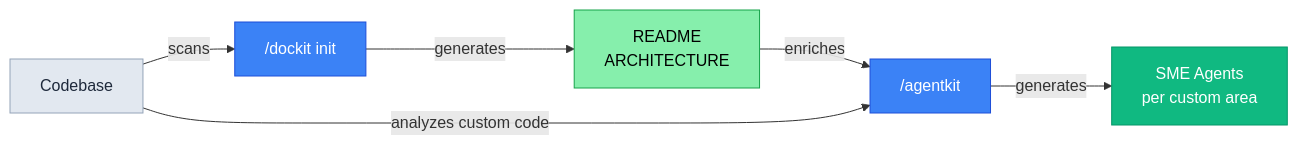
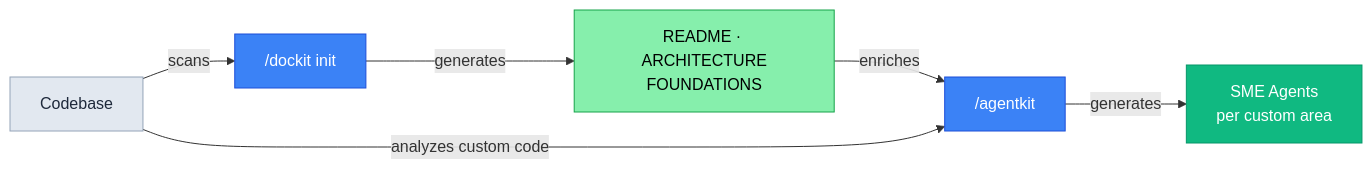
Before and after one commit to TheLampshady/repokit: the fourth of 5 diagrams in README.md, drawn with Mermaid. The commit also changed other lines of this file and 24 other files, not shown here.

````diff
--- a/README.md
+++ b/README.md
@@ -280,20 +280,20 @@
 ```mermaid
 graph LR
     Codebase["Codebase"]
     Dockit["/dockit init"]
-    Docs["README<br/>ARCHITECTURE"]
+    Docs["README · ARCHITECTURE<br/>FOUNDATIONS"]
     Agentkit["/agentkit"]
     Agents["SME Agents<br/>per custom area"]
 
     Codebase -->|"scans"| Dockit -->|"generates"| Docs
     Docs -->|"enriches"| Agentkit
     Codebase -->|"analyzes custom code"| Agentkit -->|"generates"| Agents
 
     classDef skill fill:#3b82f6,stroke:#1d4ed8,color:#fff
     classDef sme fill:#10b981,stroke:#059669,color:#fff
     classDef output fill:#86efac,stroke:#16a34a,color:#000
     class Dockit,Agentkit skill
     class Agents sme
     class Docs output
     style Codebase fill:#e2e8f0,stroke:#94a3b8,color:#1e293b
 ```
````
